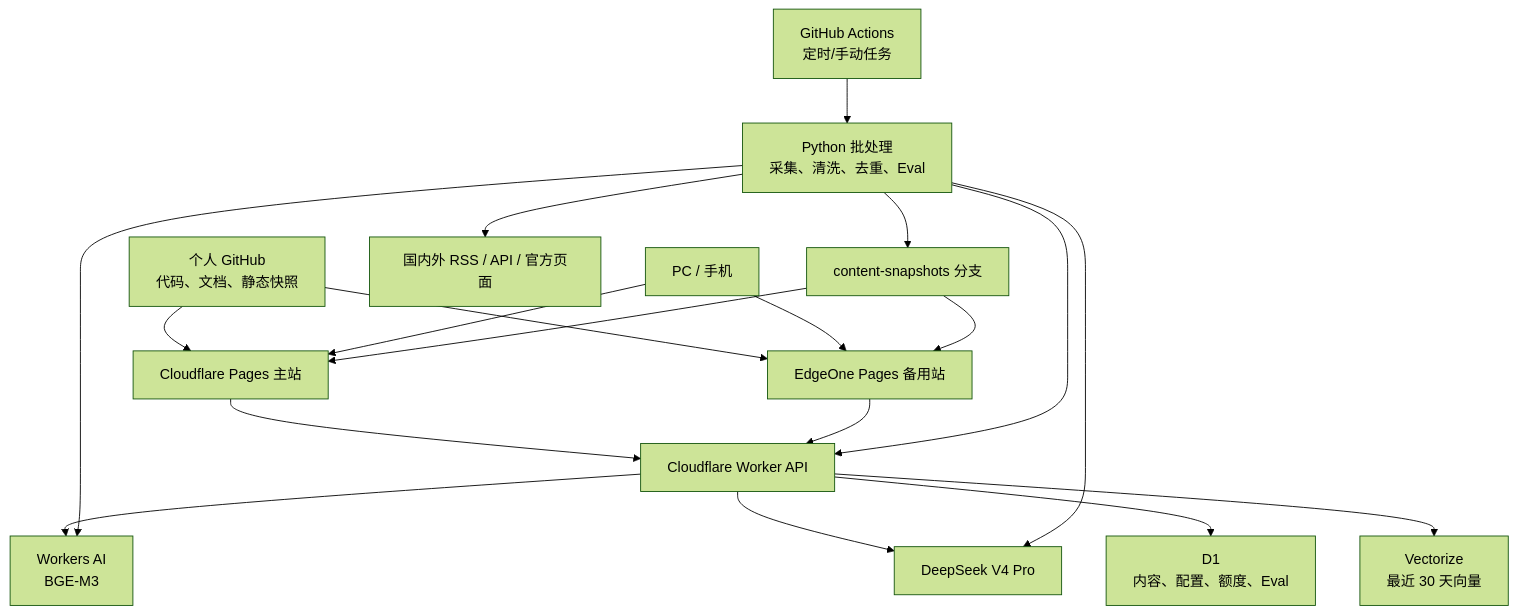
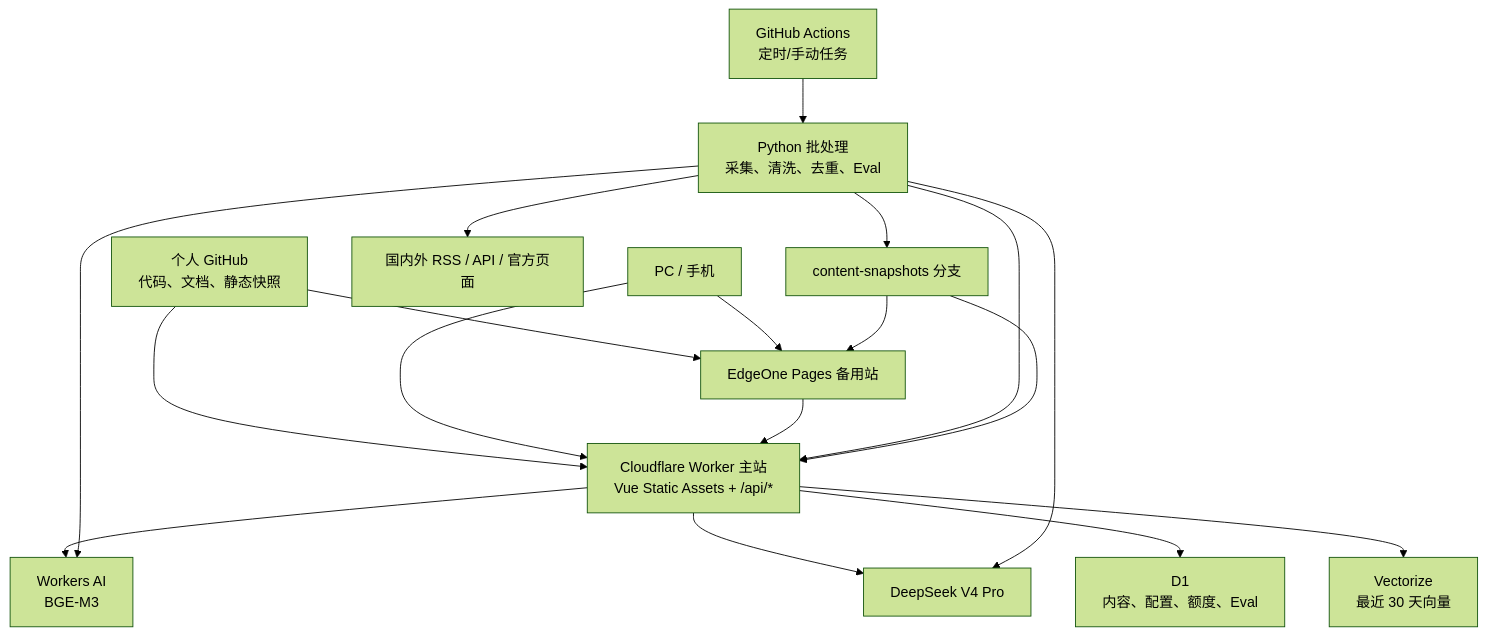
Before and after one commit to Dyj0926D/newseviday: the eighth of 8 diagrams in prd/NewsEviday-PRD.md, drawn with Mermaid (forest theme). The commit also changed other lines of this file and 7 other files, not shown here.

Commit message:
chore: adopt Cloudflare Workers static assets

````diff
--- a/prd/NewsEviday-PRD.md
+++ b/prd/NewsEviday-PRD.md
@@ -1598,21 +1598,20 @@
 ```mermaid
 flowchart TB
-    Repo["个人 GitHub<br/>代码、文档、静态快照"] --> CFPages["Cloudflare Pages 主站"]
+    Repo["个人 GitHub<br/>代码、文档、静态快照"] --> CFWorker["Cloudflare Worker 主站<br/>Vue Static Assets + /api/*"]
     Repo --> EOPages["EdgeOne Pages 备用站"]
-    User["PC / 手机"] --> CFPages
+    User["PC / 手机"] --> CFWorker
     User --> EOPages
-    CFPages --> Worker["Cloudflare Worker API"]
-    EOPages --> Worker
-    Worker --> D1["D1<br/>内容、配置、额度、Eval"]
-    Worker --> Vectorize["Vectorize<br/>最近 30 天向量"]
-    Worker --> WAI["Workers AI<br/>BGE-M3"]
-    Worker --> DeepSeek["DeepSeek V4 Pro"]
+    EOPages --> CFWorker
+    CFWorker --> D1["D1<br/>内容、配置、额度、Eval"]
+    CFWorker --> Vectorize["Vectorize<br/>最近 30 天向量"]
+    CFWorker --> WAI["Workers AI<br/>BGE-M3"]
+    CFWorker --> DeepSeek["DeepSeek V4 Pro"]
     Actions["GitHub Actions<br/>定时/手动任务"] --> Python["Python 批处理<br/>采集、清洗、去重、Eval"]
     Python --> Sources["国内外 RSS / API / 官方页面"]
     Python --> WAI
     Python --> DeepSeek
-    Python --> Worker
+    Python --> CFWorker
     Python --> Snapshot["content-snapshots 分支"]
-    Snapshot --> CFPages
+    Snapshot --> CFWorker
     Snapshot --> EOPages
 ```
````
